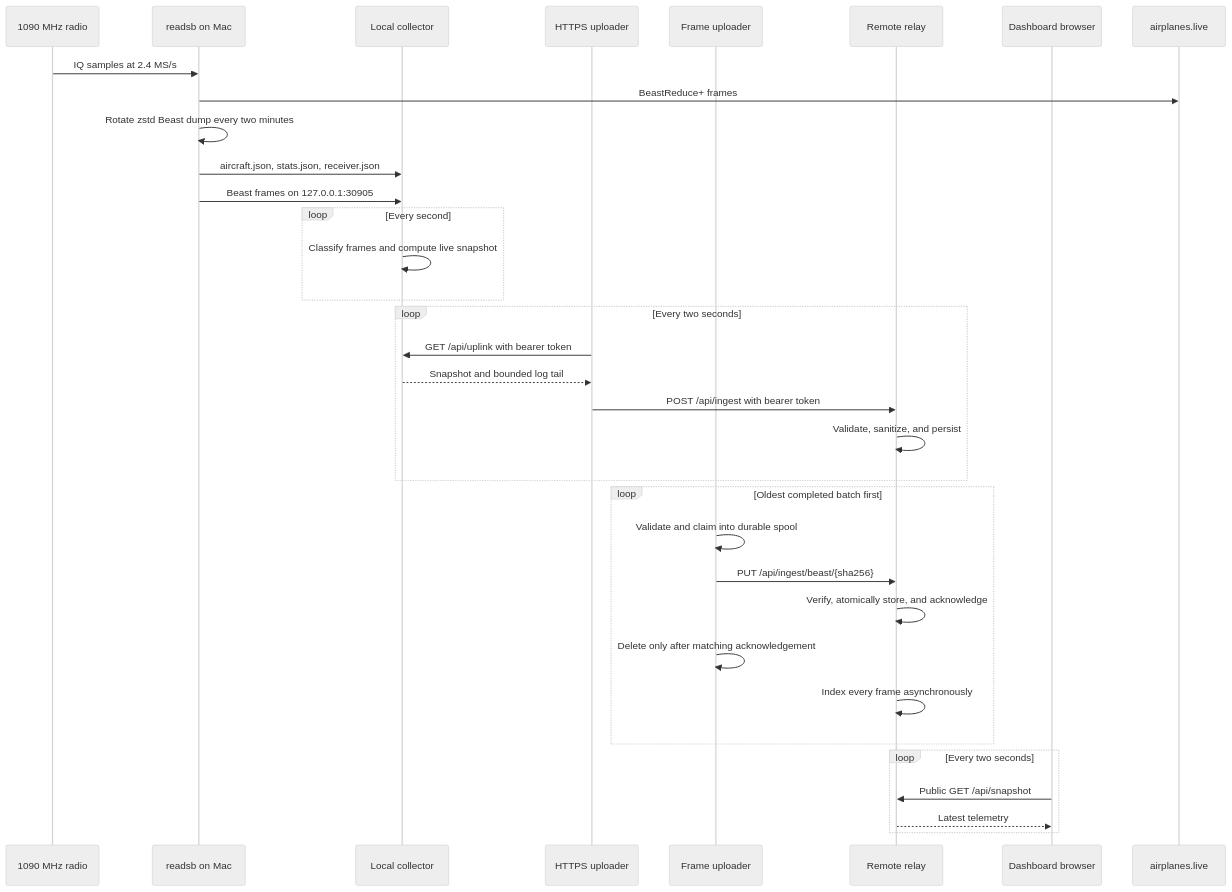
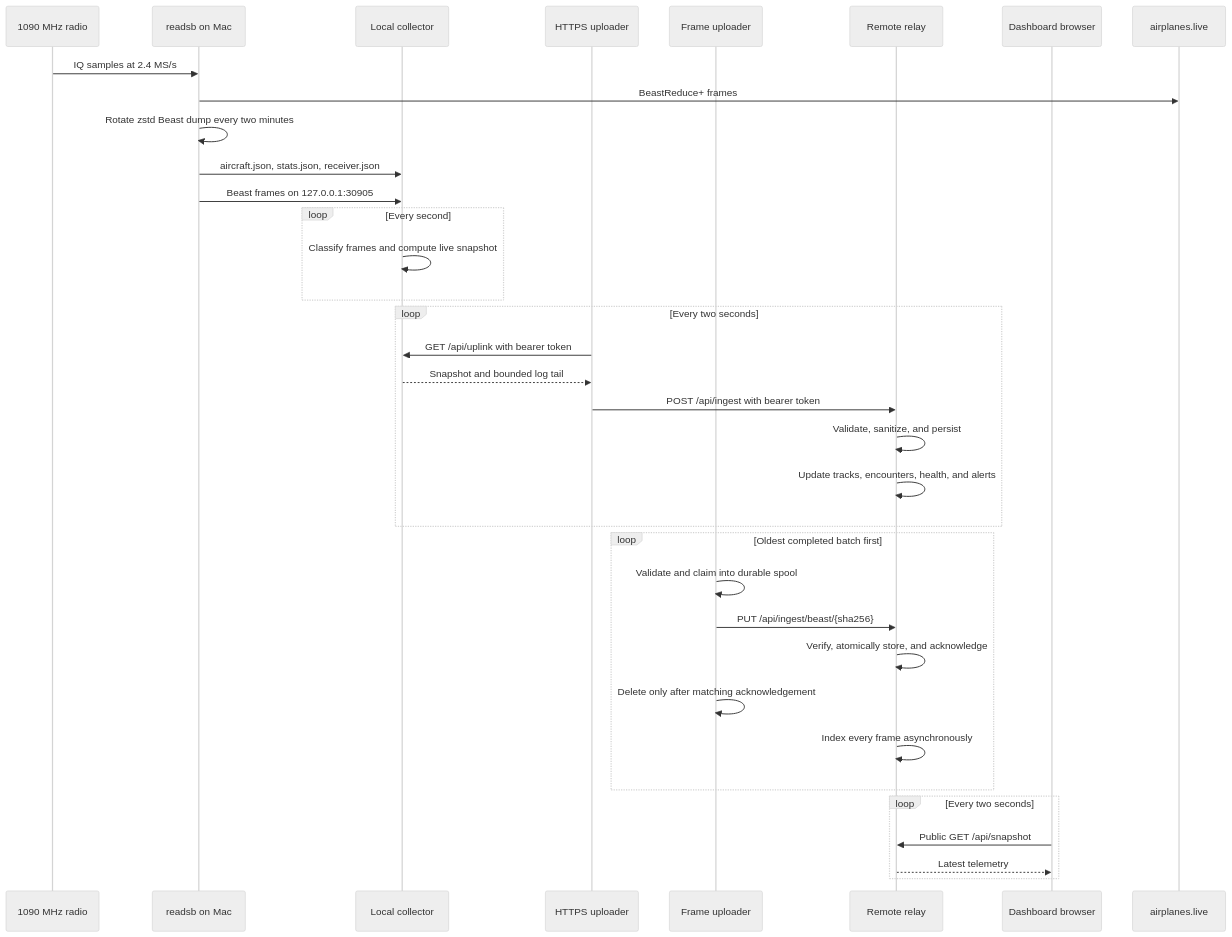
The first of 3 diagrams in wiki-site/docs/data-pipeline.md (ramideltoro/antenna_observatory), drawn with Mermaid (neutral theme) before and after one commit. The commit also changed other lines of this file and 29 other files, not shown here.

````diff
--- a/wiki-site/docs/data-pipeline.md
+++ b/wiki-site/docs/data-pipeline.md
@@ -5,37 +5,38 @@
 ```mermaid
 sequenceDiagram
     participant Radio as 1090 MHz radio
     participant Readsb as readsb on Mac
     participant Collector as Local collector
     participant Uploader as HTTPS uploader
     participant Frames as Frame uploader
     participant Relay as Remote relay
     participant Browser as Dashboard browser
     participant AL as airplanes.live
 
     Radio->>Readsb: IQ samples at 2.4 MS/s
     Readsb->>AL: BeastReduce+ frames
     Readsb->>Readsb: Rotate zstd Beast dump every two minutes
     Readsb->>Collector: aircraft.json, stats.json, receiver.json
     Readsb->>Collector: Beast frames on 127.0.0.1:30905
     loop Every second
       Collector->>Collector: Classify frames and compute live snapshot
     end
     loop Every two seconds
       Uploader->>Collector: GET /api/uplink with bearer token
       Collector-->>Uploader: Snapshot and bounded log tail
       Uploader->>Relay: POST /api/ingest with bearer token
       Relay->>Relay: Validate, sanitize, and persist
+      Relay->>Relay: Update tracks, encounters, health, and alerts
     end
     loop Oldest completed batch first
       Frames->>Frames: Validate and claim into durable spool
       Frames->>Relay: PUT /api/ingest/beast/{sha256}
       Relay->>Relay: Verify, atomically store, and acknowledge
       Frames->>Frames: Delete only after matching acknowledgement
       Relay->>Relay: Index every frame asynchronously
     end
     loop Every two seconds
       Browser->>Relay: Public GET /api/snapshot
       Relay-->>Browser: Latest telemetry
     end
 ```
````
